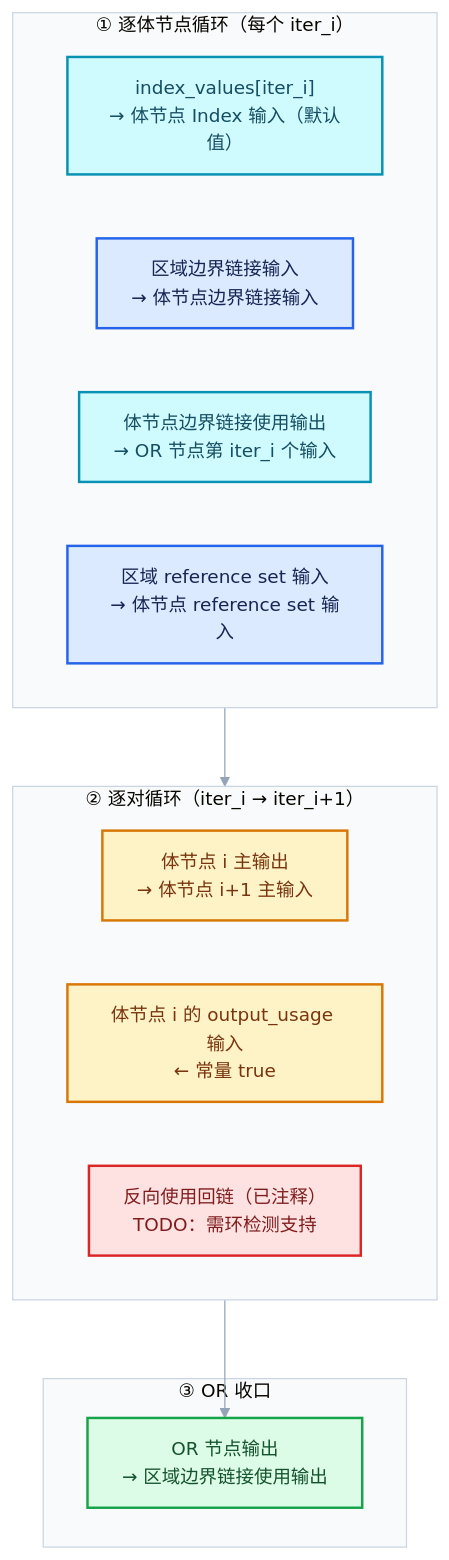
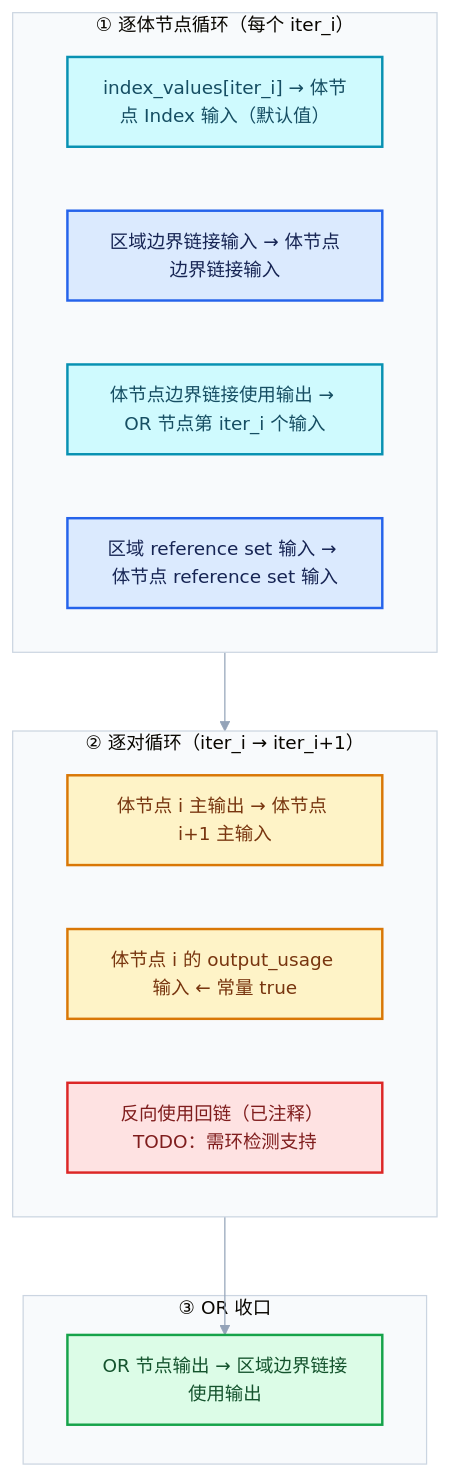
The fourth of 7 diagrams in 杂/markdown/重复区域-dsh/90-实现依赖专题/README.md (yunkezengren/blender-.vscode), drawn with Mermaid before and after one commit. The commit also changed other lines of this file and 27 other files, not shown here.

````diff
--- a/杂/markdown/重复区域-dsh/90-实现依赖专题/README.md
+++ b/杂/markdown/重复区域-dsh/90-实现依赖专题/README.md
@@ -1001,25 +967,25 @@
 ```mermaid
 %%{init: {"theme":"base","themeVariables":{"fontFamily":"\"Segoe UI\",\"Microsoft YaHei\",sans-serif","fontSize":"15px","lineColor":"#94A3B8","edgeLabelBackground":"#FFFFFF","clusterBkg":"#F8FAFC","clusterBorder":"#CBD5E1"},"flowchart":{"htmlLabels":false,"curve":"basis","nodeSpacing":52,"rankSpacing":64,"padding":14,"diagramPadding":16,"useMaxWidth":true},"sequence":{"useMaxWidth":true,"wrap":true,"mirrorActors":false,"messageMargin":36}}}%%
 flowchart TB
     subgraph SG1["① 逐体节点循环（每个 iter_i）"]
-        A1["index_values[iter_i]<br/>→ 体节点 Index 输入（默认值）"]:::data
-        A2["区域边界链接输入<br/>→ 体节点边界链接输入"]:::input
-        A3["体节点边界链接使用输出<br/>→ OR 节点第 iter_i 个输入"]:::data
-        A4["区域 reference set 输入<br/>→ 体节点 reference set 输入"]:::input
+        A1["index_values[iter_i] → 体节点 Index 输入（默认值）"]:::data
+        A2["区域边界链接输入 → 体节点边界链接输入"]:::input
+        A3["体节点边界链接使用输出 → OR 节点第 iter_i 个输入"]:::data
+        A4["区域 reference set 输入 → 体节点 reference set 输入"]:::input
     end
     subgraph SG2["② 逐对循环（iter_i → iter_i+1）"]
-        B1["体节点 i 主输出<br/>→ 体节点 i+1 主输入"]:::compute
-        B2["体节点 i 的 output_usage 输入<br/>← 常量 true"]:::compute
-        B3["反向使用回链（已注释）<br/>TODO：需环检测支持"]:::error
+        B1["体节点 i 主输出 → 体节点 i+1 主输入"]:::compute
+        B2["体节点 i 的 output_usage 输入 ← 常量 true"]:::compute
+        B3["反向使用回链（已注释） TODO：需环检测支持"]:::error
     end
     subgraph SG3["③ OR 收口"]
-        C1["OR 节点输出<br/>→ 区域边界链接使用输出"]:::result
+        C1["OR 节点输出 → 区域边界链接使用输出"]:::result
     end
     SG1 --> SG2 --> C1
     classDef input fill:#DBEAFE,stroke:#2563EB,color:#172554,stroke-width:2px;
     classDef data fill:#CFFAFE,stroke:#0891B2,color:#164E63,stroke-width:2px;
     classDef abstraction fill:#EDE9FE,stroke:#7C3AED,color:#3B0764,stroke-width:2px;
     classDef compute fill:#FEF3C7,stroke:#D97706,color:#78350F,stroke-width:2px;
     classDef result fill:#DCFCE7,stroke:#16A34A,color:#14532D,stroke-width:2px;
     classDef error fill:#FEE2E2,stroke:#DC2626,color:#7F1D1D,stroke-width:2px;
 ```
````
